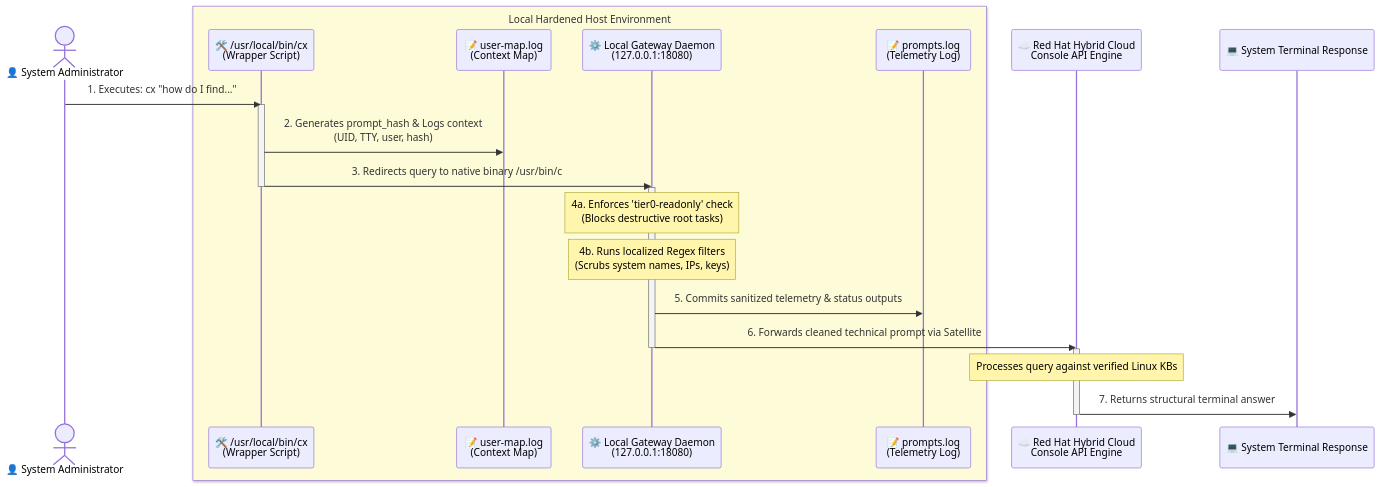
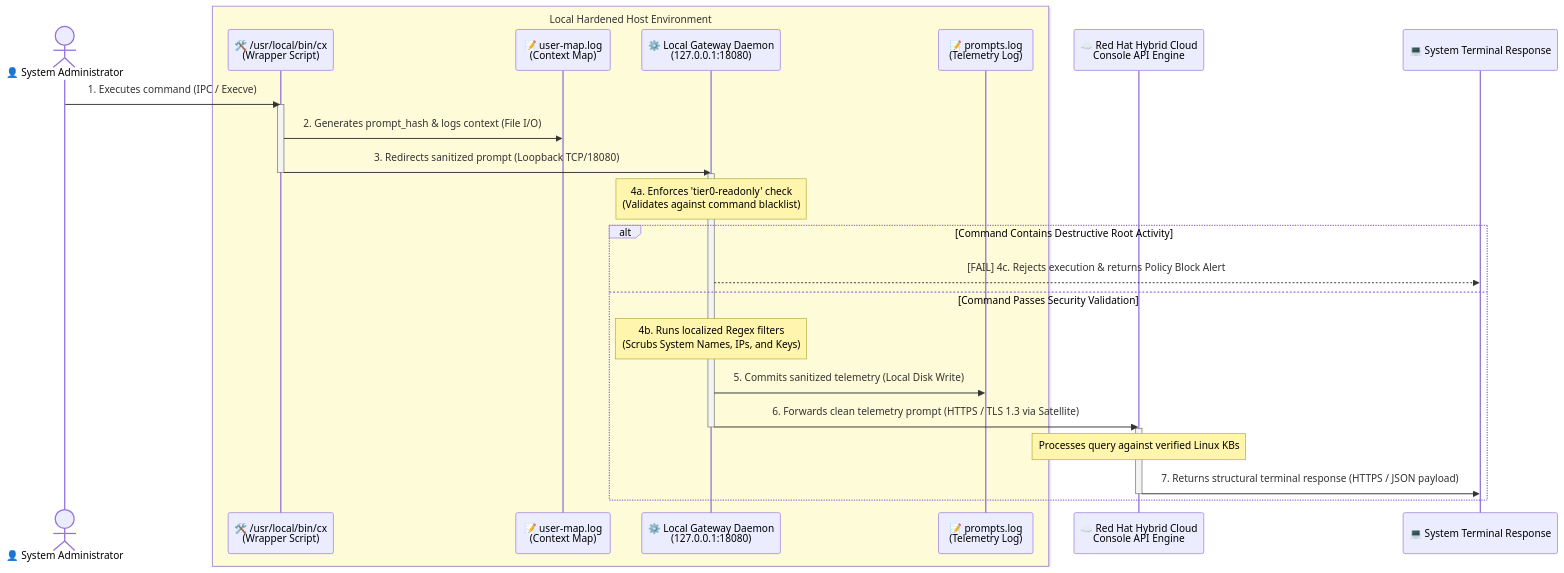
Before and after one commit to kumarj04/cla-gateway: the diagram in architecture.md, drawn with Mermaid.

````diff
--- a/architecture.md
+++ b/architecture.md
@@ -1,30 +1,35 @@
 ```mermaid
 sequenceDiagram
     actor Admin as 👤 System Administrator
     box rgb(254, 251, 216) Local Hardened Host Environment
         participant Wrapper as 🛠️ /usr/local/bin/cx<br>(Wrapper Script)
         participant Log1 as 📝 user-map.log<br>(Context Map)
         participant Daemon as ⚙️ Local Gateway Daemon<br>(127.0.0.1:18080)
         participant Log2 as 📝 prompts.log<br>(Telemetry Log)
     end
     participant Cloud as ☁️ Red Hat Hybrid Cloud<br>Console API Engine
     participant Terminal as 💻 System Terminal Response
 
-    Admin->>Wrapper: 1. Executes: cx "how do I find..."
+    Admin->>Wrapper: 1. Executes command (IPC / Execve)
     activate Wrapper
-    Wrapper->>Log1: 2. Generates prompt_hash & Logs context<br>(UID, TTY, user, hash)
-    Wrapper->>Daemon: 3. Redirects query to native binary /usr/bin/c
+    Wrapper->>Log1: 2. Generates prompt_hash & logs context (File I/O)
+    Wrapper->>Daemon: 3. Redirects sanitized prompt (Loopback TCP/18080)
     deactivate Wrapper
     
     activate Daemon
-    Note over Daemon: 4a. Enforces 'tier0-readonly' check<br>(Blocks destructive root tasks)
-    Note over Daemon: 4b. Runs localized Regex filters<br>(Scrubs system names, IPs, keys)
-    Daemon->>Log2: 5. Commits sanitized telemetry & status outputs
-    Daemon->>Cloud: 6. Forwards cleaned technical prompt via Satellite
-    deactivate Daemon
+    Note over Daemon: 4a. Enforces 'tier0-readonly' check<br>(Validates against command blacklist)
     
-    activate Cloud
-    Note over Cloud: Processes query against verified Linux KBs
-    Cloud->>Terminal: 7. Returns structural terminal answer
-    deactivate Cloud
+    alt Command Contains Destructive Root Activity
+        Daemon-->>Terminal: [FAIL] 4c. Rejects execution & returns Policy Block Alert
+    else Command Passes Security Validation
+        Note over Daemon: 4b. Runs localized Regex filters<br>(Scrubs System Names, IPs, and Keys)
+        Daemon->>Log2: 5. Commits sanitized telemetry (Local Disk Write)
+        Daemon->>Cloud: 6. Forwards clean telemetry prompt (HTTPS / TLS 1.3 via Satellite)
+        deactivate Daemon
+        
+        activate Cloud
+        Note over Cloud: Processes query against verified Linux KBs
+        Cloud->>Terminal: 7. Returns structural terminal response (HTTPS / JSON payload)
+        deactivate Cloud
+    end
 ```
````
